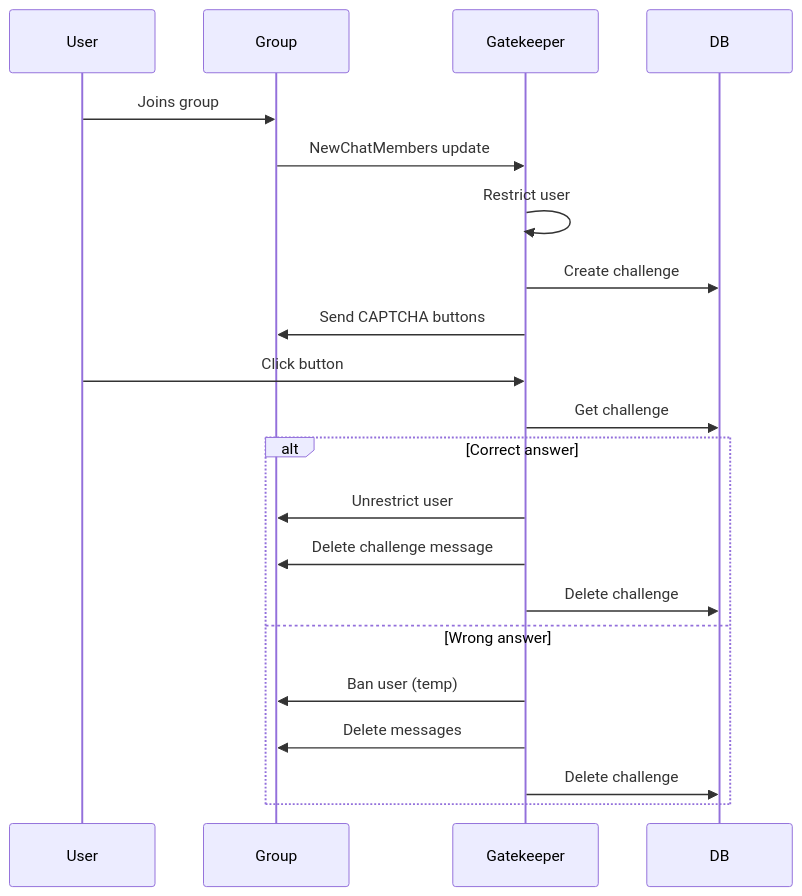
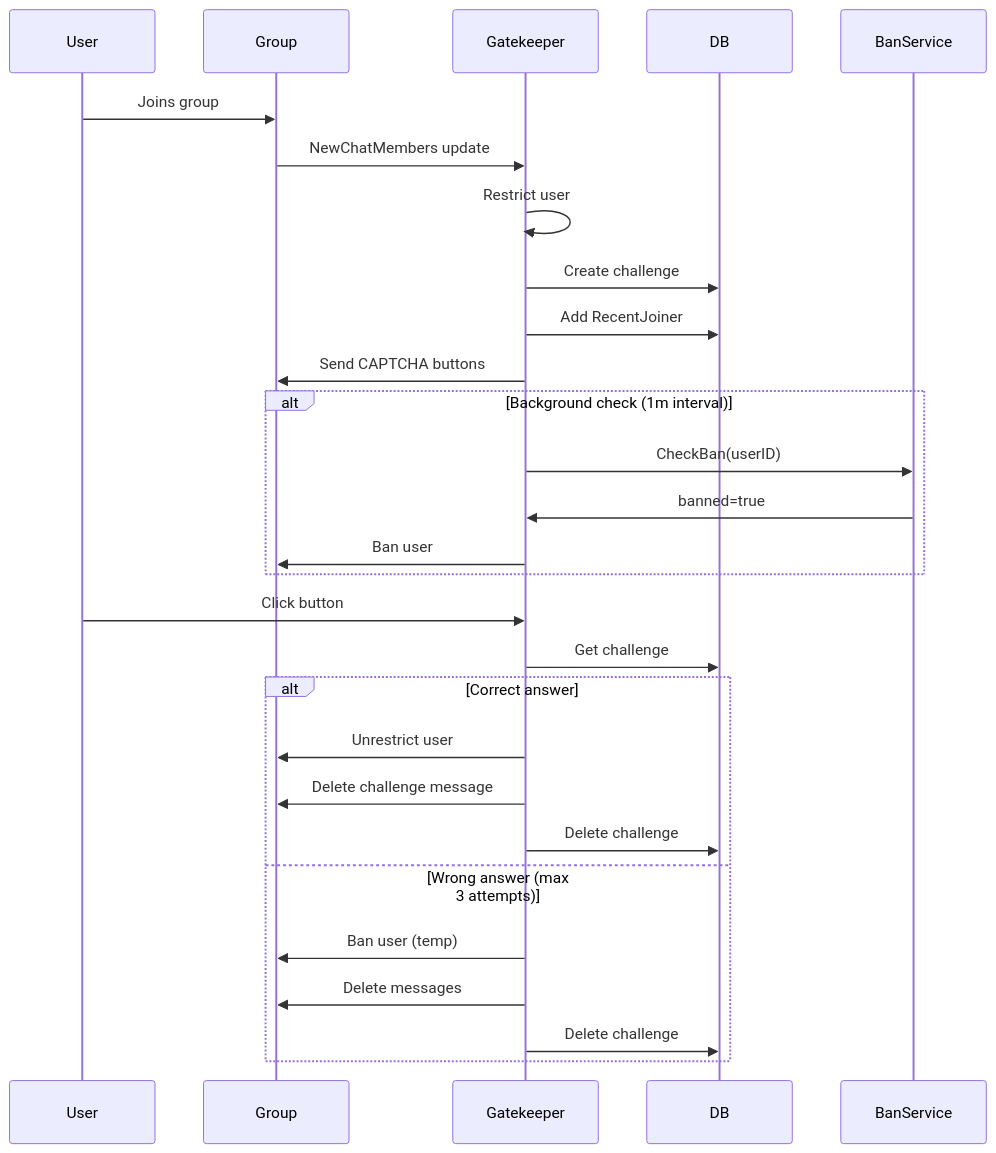
Before and after one commit to iamwavecut/ngbot: the third of 5 diagrams in docs/CODEBASE_MAP.md, drawn with Mermaid. The commit also changed other lines of this file and 44 other files, not shown here.

````diff
--- a/docs/CODEBASE_MAP.md
+++ b/docs/CODEBASE_MAP.md
@@ -272,26 +397,34 @@
 ```mermaid
 sequenceDiagram
     participant User
     participant Group
     participant Gatekeeper
     participant DB
+    participant BanService
 
     User->>Group: Joins group
     Group->>Gatekeeper: NewChatMembers update
     Gatekeeper->>Gatekeeper: Restrict user
     Gatekeeper->>DB: Create challenge
+    Gatekeeper->>DB: Add RecentJoiner
     Gatekeeper->>Group: Send CAPTCHA buttons
+
+    alt Background check (1m interval)
+        Gatekeeper->>BanService: CheckBan(userID)
+        BanService->>Gatekeeper: banned=true
+        Gatekeeper->>Group: Ban user
+    end
 
     User->>Gatekeeper: Click button
     Gatekeeper->>DB: Get challenge
 
     alt Correct answer
         Gatekeeper->>Group: Unrestrict user
         Gatekeeper->>Group: Delete challenge message
         Gatekeeper->>DB: Delete challenge
-    else Wrong answer
+    else Wrong answer (max 3 attempts)
         Gatekeeper->>Group: Ban user (temp)
         Gatekeeper->>Group: Delete messages
         Gatekeeper->>DB: Delete challenge
     end
 ```
````
